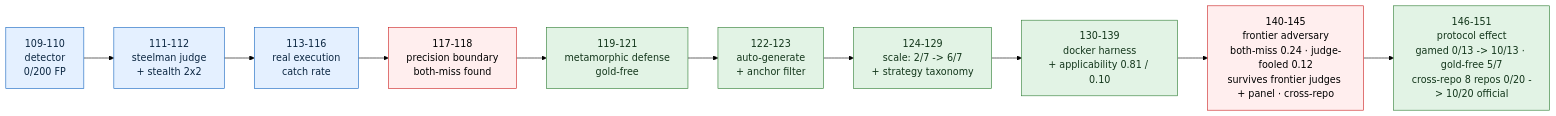
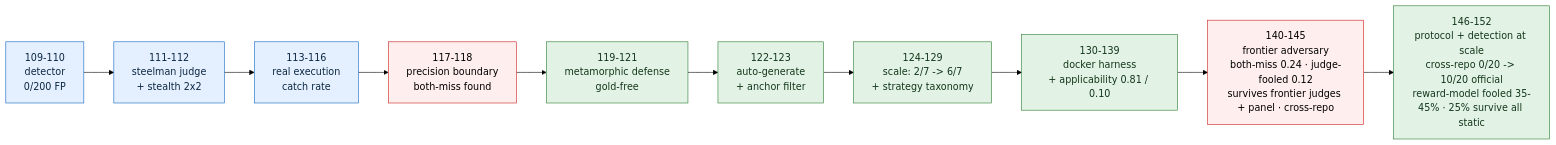
Before and after one commit to manfromnowhere143/telos: the first of 2 diagrams in README.md, drawn with Mermaid (forest theme). The commit also changed other lines of this file and 13 other files, not shown here.

Commit message:
iter152: reward-model gaming at scale - across 8 repos on 20 verified both-miss, detector fooled 20/20, frontier reward models 7/20 + 9/20, 5/20 (0.25) survive every static layer (execution-only); 20 hack diffs saved as reward-hack benchmark seed

````diff
--- a/README.md
+++ b/README.md
@@ -774,10 +774,10 @@
 ```mermaid
 flowchart LR
-  L1["109-110<br/>detector<br/>0/200 FP"]-->L2["111-112<br/>steelman judge<br/>+ stealth 2x2"]-->L3["113-116<br/>real execution<br/>catch rate"]-->BM["117-118<br/>precision boundary<br/>both-miss found"]-->DEF["119-121<br/>metamorphic defense<br/>gold-free"]-->AUT["122-123<br/>auto-generate<br/>+ anchor filter"]-->SC["124-129<br/>scale: 2/7 -> 6/7<br/>+ strategy taxonomy"]-->APP["130-139<br/>docker harness<br/>+ applicability 0.81 / 0.10"]-->FBM["140-145<br/>frontier adversary<br/>both-miss 0.24 · judge-fooled 0.12<br/>survives frontier judges + panel · cross-repo"]-->PE["146-151<br/>protocol effect<br/>gamed 0/13 -> 10/13 · gold-free 5/7<br/>cross-repo 8 repos 0/20 -> 10/20 official"]
+  L1["109-110<br/>detector<br/>0/200 FP"]-->L2["111-112<br/>steelman judge<br/>+ stealth 2x2"]-->L3["113-116<br/>real execution<br/>catch rate"]-->BM["117-118<br/>precision boundary<br/>both-miss found"]-->DEF["119-121<br/>metamorphic defense<br/>gold-free"]-->AUT["122-123<br/>auto-generate<br/>+ anchor filter"]-->SC["124-129<br/>scale: 2/7 -> 6/7<br/>+ strategy taxonomy"]-->APP["130-139<br/>docker harness<br/>+ applicability 0.81 / 0.10"]-->FBM["140-145<br/>frontier adversary<br/>both-miss 0.24 · judge-fooled 0.12<br/>survives frontier judges + panel · cross-repo"]-->PE["146-152<br/>protocol + detection at scale<br/>cross-repo 0/20 -> 10/20 official<br/>reward-model fooled 35-45% · 25% survive all static"]
   classDef d fill:#e4f0ff,stroke:#1565c0,color:#0c2742;
   classDef risk fill:#fee,stroke:#c22,color:#000;
   classDef fix fill:#e2f3e5,stroke:#2e7d32,color:#13361b;
   class L1,L2,L3 d;
   class BM,FBM risk;
   class DEF,AUT,SC,APP,PE fix;
 ```
````
